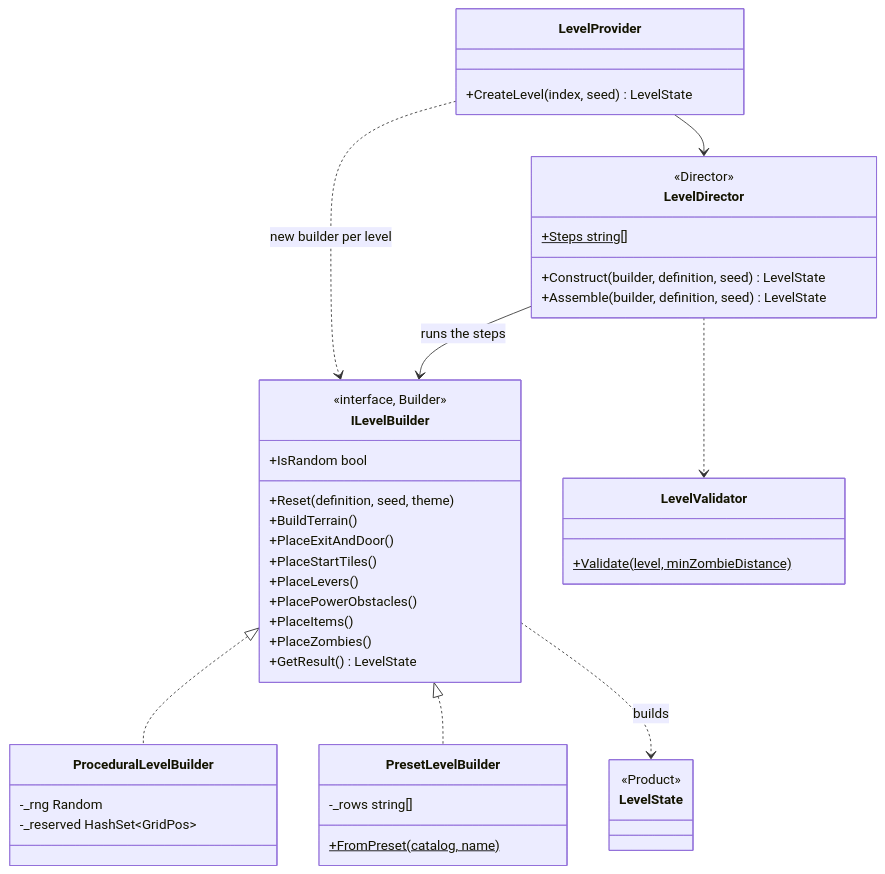
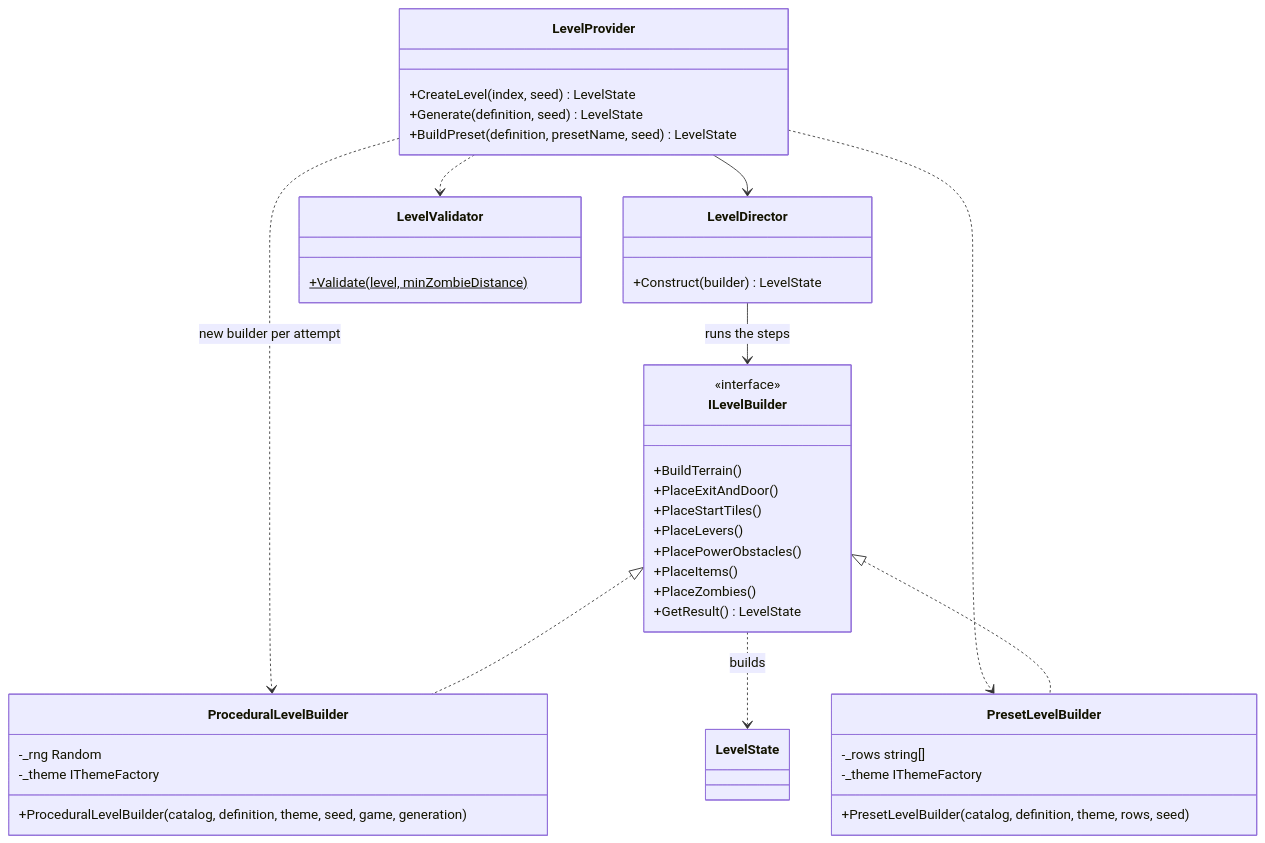
The second of 2 diagrams in docs/patterns/Builder.md (YoBoyJonas/OPP), drawn with Mermaid before and after one commit. The commit also changed other lines of this file and 32 other files, not shown here.

First line of the commit message:
refactor(generation): simplify Builder and Abstract Factory level generation

````diff
--- a/docs/patterns/Builder.md
+++ b/docs/patterns/Builder.md
@@ -71,44 +72,44 @@
 ```mermaid
 classDiagram
     class ILevelBuilder {
-        <<interface, Builder>>
-        +IsRandom bool
-        +Reset(definition, seed, theme)
+        <<interface>>
         +BuildTerrain()
         +PlaceExitAndDoor()
         +PlaceStartTiles()
         +PlaceLevers()
         +PlacePowerObstacles()
         +PlaceItems()
         +PlaceZombies()
         +GetResult() LevelState
     }
     class ProceduralLevelBuilder {
         -_rng Random
-        -_reserved HashSet~GridPos~
+        -_theme IThemeFactory
+        +ProceduralLevelBuilder(catalog, definition, theme, seed, game, generation)
     }
     class PresetLevelBuilder {
         -_rows string[]
-        +FromPreset(catalog, name)$
+        -_theme IThemeFactory
+        +PresetLevelBuilder(catalog, definition, theme, rows, seed)
     }
     class LevelDirector {
-        <<Director>>
-        +Steps string[]$
-        +Construct(builder, definition, seed) LevelState
-        +Assemble(builder, definition, seed) LevelState
+        +Construct(builder) LevelState
     }
-    class LevelState { <<Product>> }
+    class LevelState
     class LevelValidator {
         +Validate(level, minZombieDistance)$
     }
     class LevelProvider {
         +CreateLevel(index, seed) LevelState
+        +Generate(definition, seed) LevelState
+        +BuildPreset(definition, presetName, seed) LevelState
     }
     ILevelBuilder <|.. ProceduralLevelBuilder
     ILevelBuilder <|.. PresetLevelBuilder
     LevelDirector --> ILevelBuilder : runs the steps
-    LevelDirector ..> LevelValidator
     ILevelBuilder ..> LevelState : builds
     LevelProvider --> LevelDirector
-    LevelProvider ..> ILevelBuilder : new builder per level
+    LevelProvider ..> ProceduralLevelBuilder : new builder per attempt
+    LevelProvider ..> PresetLevelBuilder
+    LevelProvider ..> LevelValidator
 ```
````
